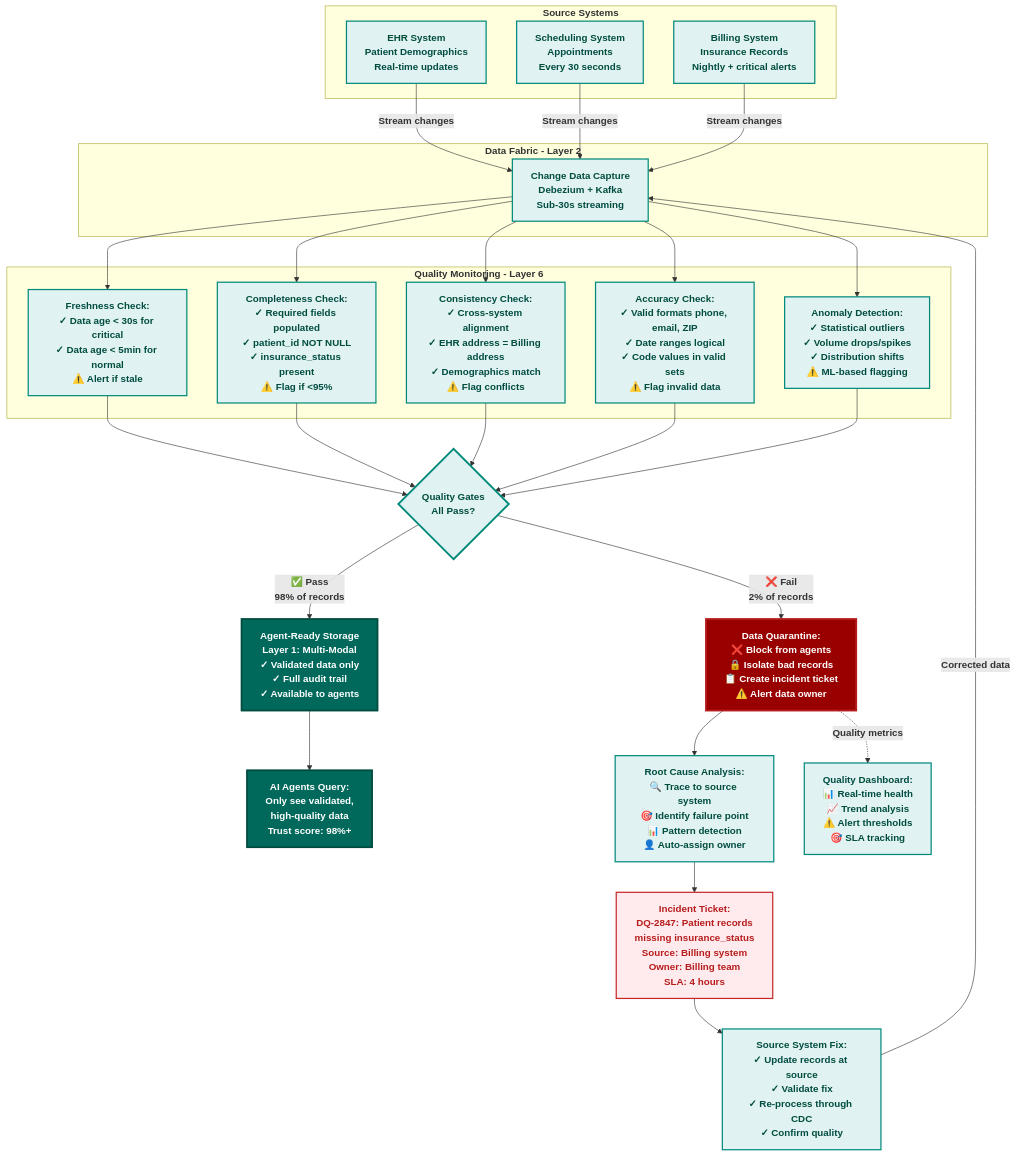
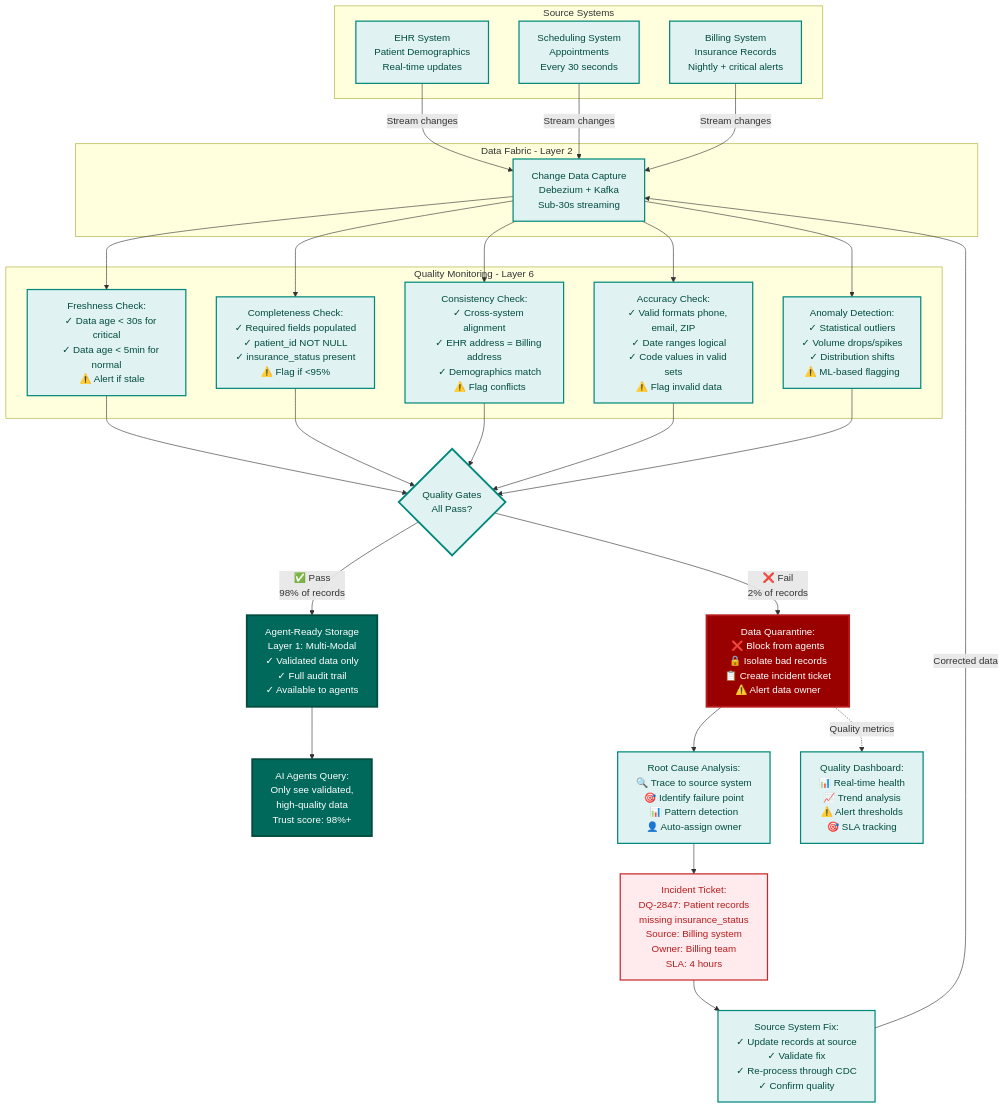
The seventh of 11 diagrams in chapter-02/chapter_2_complete.md (colaberry/enterprise-data-readiness-ai-agents), drawn with Mermaid before and after one commit. The commit also changed other lines of this file and 1 other file, not shown here.

First line of the commit message:
sequence diagrams updated with font fixes

````diff
--- a/chapter-02/chapter_2_complete.md
+++ b/chapter-02/chapter_2_complete.md
@@ -1038,29 +1084,56 @@
 ```mermaid
 graph TB
-    subgraph "<b>Source Systems</b>"
-        S1["<b>EHR System</b><br/><b>Patient Demographics</b><br/><b>Real-time updates</b>"]
-        S2["<b>Scheduling System</b><br/><b>Appointments</b><br/><b>Every 30 seconds</b>"]
-        S3["<b>Billing System</b><br/><b>Insurance Records</b><br/><b>Nightly + critical alerts</b>"]
+    subgraph "Source Systems"
+        S1["EHR System
+    Patient Demographics
+    Real-time updates"]
+        S2["Scheduling System
+    Appointments
+    Every 30 seconds"]
+        S3["Billing System
+    Insurance Records
+    Nightly + critical alerts"]
     end
     
-    subgraph "<b>Data Fabric - Layer 2</b>"
-        CDC["<b>Change Data Capture</b><br/><b>Debezium + Kafka</b><br/><b>Sub-30s streaming</b>"]
+    subgraph "Data Fabric - Layer 2"
+        CDC["Change Data Capture
+    Debezium + Kafka
+    Sub-30s streaming"]
     end
     
-    S1 -->|<b>Stream changes</b>| CDC
-    S2 -->|<b>Stream changes</b>| CDC
-    S3 -->|<b>Stream changes</b>| CDC
+    S1 -->|Stream changes| CDC
+    S2 -->|Stream changes| CDC
+    S3 -->|Stream changes| CDC
     
-    subgraph "<b>Quality Monitoring - Layer 6</b>"
-        Q1["<b>Freshness Check:</b><br/><b>✓ Data age < 30s for critical</b><br/><b>✓ Data age < 5min for normal</b><br/><b>⚠️ Alert if stale</b>"]
+    subgraph "Quality Monitoring - Layer 6"
+        Q1["Freshness Check:
+    ✓ Data age < 30s for critical
+    ✓ Data age < 5min for normal
+    ⚠️ Alert if stale"]
         
-        Q2["<b>Completeness Check:</b><br/><b>✓ Required fields populated</b><br/><b>✓ patient_id NOT NULL</b><br/><b>✓ insurance_status present</b><br/><b>⚠️ Flag if <95%</b>"]
+        Q2["Completeness Check:
+    ✓ Required fields populated
+    ✓ patient_id NOT NULL
+    ✓ insurance_status present
+    ⚠️ Flag if <95%"]
         
-        Q3["<b>Consistency Check:</b><br/><b>✓ Cross-system alignment</b><br/><b>✓ EHR address = Billing address</b><br/><b>✓ Demographics match</b><br/><b>⚠️ Flag conflicts</b>"]
+        Q3["Consistency Check:
+    ✓ Cross-system alignment
+    ✓ EHR address = Billing address
+    ✓ Demographics match
+    ⚠️ Flag conflicts"]
         
-        Q4["<b>Accuracy Check:</b><br/><b>✓ Valid formats phone, email, ZIP</b><br/><b>✓ Date ranges logical</b><br/><b>✓ Code values in valid sets</b><br/><b>⚠️ Flag invalid data</b>"]
+        Q4["Accuracy Check:
+    ✓ Valid formats phone, email, ZIP
+    ✓ Date ranges logical
+    ✓ Code values in valid sets
+    ⚠️ Flag invalid data"]
         
-        Q5["<b>Anomaly Detection:</b><br/><b>✓ Statistical outliers</b><br/><b>✓ Volume drops/spikes</b><br/><b>✓ Distribution shifts</b><br/><b>⚠️ ML-based flagging</b>"]
+        Q5["Anomaly Detection:
+    ✓ Statistical outliers
+    ✓ Volume drops/spikes
+    ✓ Distribution shifts
+    ⚠️ ML-based flagging"]
     end
     
     CDC --> Q1
@@ -1069,27 +1142,58 @@
     CDC --> Q4
     CDC --> Q5
     
-    Q1 --> GATE{"<b>Quality Gates</b><br/><b>All Pass?</b>"}
+    Q1 --> GATE{"Quality Gates
+    All Pass?"}
     Q2 --> GATE
     Q3 --> GATE
     Q4 --> GATE
     Q5 --> GATE
     
-    GATE -->|<b>✅ Pass</b><br/><b>98% of records</b>| STORAGE["<b>Agent-Ready Storage</b><br/><b>Layer 1: Multi-Modal</b><br/><b>✓ Validated data only</b><br/><b>✓ Full audit trail</b><br/><b>✓ Available to agents</b>"]
+    GATE -->|✅ Pass
+    98% of records| STORAGE["Agent-Ready Storage
+    Layer 1: Multi-Modal
+    ✓ Validated data only
+    ✓ Full audit trail
+    ✓ Available to agents"]
     
-    GATE -->|<b>❌ Fail</b><br/><b>2% of records</b>| QUARANTINE["<b>Data Quarantine:</b><br/><b>❌ Block from agents</b><br/><b>🔒 Isolate bad records</b><br/><b>📋 Create incident ticket</b><br/><b>⚠️ Alert data owner</b>"]
+    GATE -->|❌ Fail
+    2% of records| QUARANTINE["Data Quarantine:
+    ❌ Block from agents
+    🔒 Isolate bad records
+    📋 Create incident ticket
+    ⚠️ Alert data owner"]
     
-    STORAGE --> AGENTS["<b>AI Agents Query:</b><br/><b>Only see validated,</b><br/><b>high-quality data</b><br/><b>Trust score: 98%+</b>"]
+    STORAGE --> AGENTS["AI Agents Query:
+    Only see validated,
+    high-quality data
+    Trust score: 98%+"]
     
-    QUARANTINE --> RCA["<b>Root Cause Analysis:</b><br/><b>🔍 Trace to source system</b><br/><b>🎯 Identify failure point</b><br/><b>📊 Pattern detection</b><br/><b>👤 Auto-assign owner</b>"]
+    QUARANTINE --> RCA["Root Cause Analysis:
+    🔍 Trace to source system
+    🎯 Identify failure point
+    📊 Pattern detection
+    👤 Auto-assign owner"]
     
-    RCA --> TICKET["<b>Incident Ticket:</b><br/><b>DQ-2847: Patient records</b><br/><b>missing insurance_status</b><br/><b>Source: Billing system</b><br/><b>Owner: Billing team</b><br/><b>SLA: 4 hours</b>"]
+    RCA --> TICKET["Incident Ticket:
+    DQ-2847: Patient records
+    missing insurance_status
+    Source: Billing system
+    Owner: Billing team
+    SLA: 4 hours"]
     
-    TICKET --> FIX["<b>Source System Fix:</b><br/><b>✓ Update records at source</b><br/><b>✓ Validate fix</b><br/><b>✓ Re-process through CDC</b><br/><b>✓ Confirm quality</b>"]
+    TICKET --> FIX["Source System Fix:
+    ✓ Update records at source
+    ✓ Validate fix
+    ✓ Re-process through CDC
+    ✓ Confirm quality"]
     
-    FIX -->|<b>Corrected data</b>| CDC
+    FIX -->|Corrected data| CDC
     
-    QUARANTINE -.->|<b>Quality metrics</b>| DASH["<b>Quality Dashboard:</b><br/><b>📊 Real-time health</b><br/><b>📈 Trend analysis</b><br/><b>⚠️ Alert thresholds</b><br/><b>🎯 SLA tracking</b>"]
+    QUARANTINE -.->|Quality metrics| DASH["Quality Dashboard:
+    📊 Real-time health
+    📈 Trend analysis
+    ⚠️ Alert thresholds
+    🎯 SLA tracking"]
     
     style S1 fill:#e0f2f1,stroke:#00897b,stroke-width:2px,color:#004d40
     style S2 fill:#e0f2f1,stroke:#00897b,stroke-width:2px,color:#004d40
````
